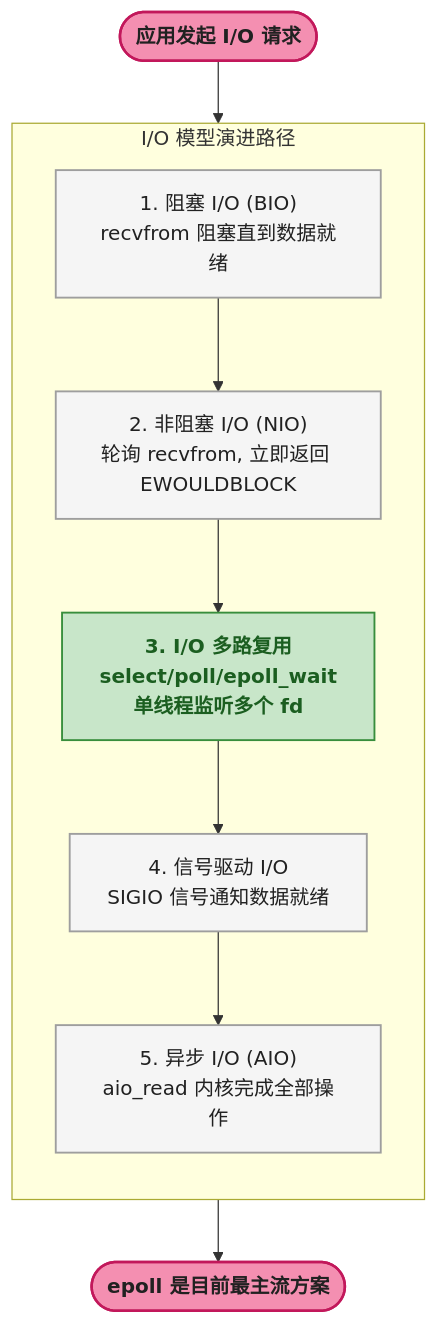
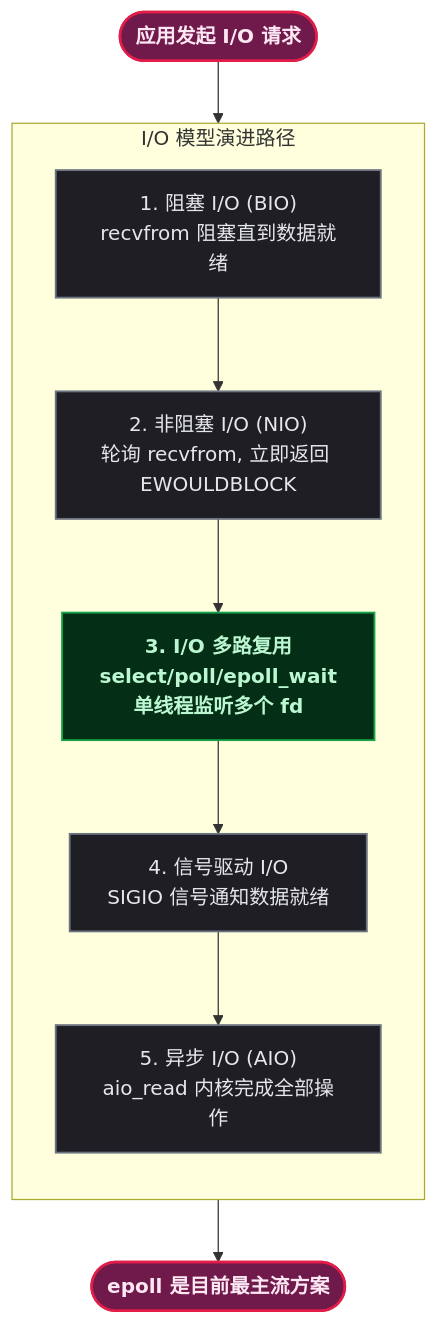
The first of 11 diagrams in content/posts/io/JavaNIO.md (yaocat55/yaocat55.github.io), drawn with Mermaid before and after one commit. The commit also changed other lines of this file and 155 other files, not shown here.

````diff
--- a/content/posts/io/JavaNIO.md
+++ b/content/posts/io/JavaNIO.md
@@ -65,35 +65,35 @@
 ```mermaid
 flowchart TD
     %% ==========================================
     %% 全新高对比度样式定义
     %% ==========================================
-    classDef startEnd fill:#F48FB1,stroke:#C2185B,stroke-width:2px,color:#212121,font-weight:bold;
-    classDef process fill:#F5F5F5,stroke:#9E9E9E,stroke-width:1.5px,color:#212121;
-    classDef highlight fill:#FFCCBC,stroke:#E64A19,stroke-width:1.5px,color:#D84315,font-weight:bold;
-    classDef io fill:#C8E6C9,stroke:#388E3C,stroke-width:1.5px,color:#1B5E20,font-weight:bold;
+classDef startEnd fill:#701a4c,stroke:#e11d48,stroke-width:2px,color:#fce7f3,font-weight:bold;
+classDef process fill:#1e1e24,stroke:#6b7280,stroke-width:1.5px,color:#e5e7eb;
+classDef highlight fill:#450a0a,stroke:#dc2626,stroke-width:1.5px,color:#fecaca,font-weight:bold;
+classDef io fill:#052e16,stroke:#16a34a,stroke-width:1.5px,color:#bbf7d0,font-weight:bold;
 
     %% ==========================================
     %% I/O 模型演进
     %% ==========================================
     START([应用发起 I/O 请求]) --> M1
 
     subgraph EVOLUTION ["I/O 模型演进路径"]
         direction TD
         M1["1. 阻塞 I/O (BIO)\nrecvfrom 阻塞直到数据就绪"]
         M2["2. 非阻塞 I/O (NIO)\n轮询 recvfrom, 立即返回 EWOULDBLOCK"]
         M3["3. I/O 多路复用\nselect/poll/epoll_wait\n单线程监听多个 fd"]
         M4["4. 信号驱动 I/O\nSIGIO 信号通知数据就绪"]
         M5["5. 异步 I/O (AIO)\naio_read 内核完成全部操作"]
     end
 
     M1 --> M2
     M2 --> M3
     M3 --> M4
     M4 --> M5
 
     M3 --> RESULT([epoll 是目前最主流方案])
 
     class START,RESULT startEnd;
     class M1,M2,M4,M5 process;
     class M3 io;
 ```
````
